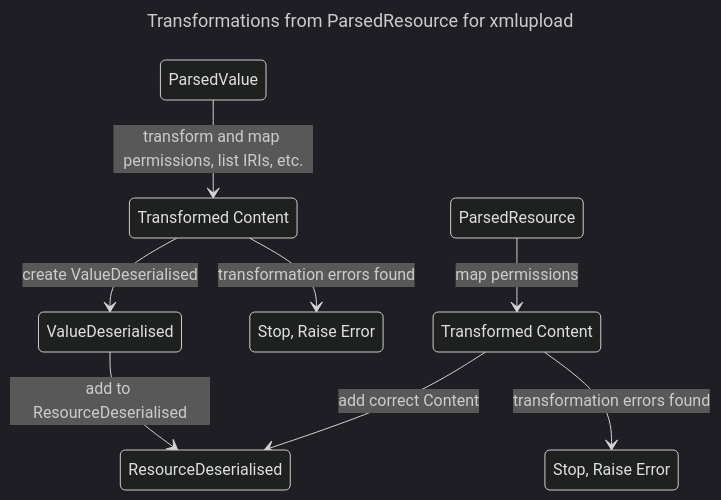
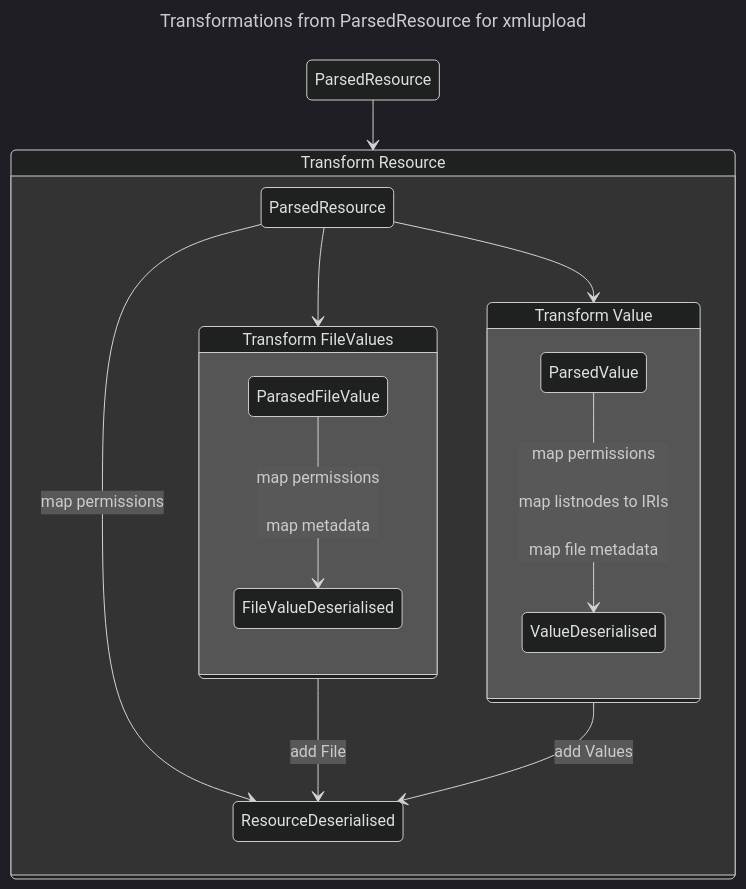
Before and after one commit to dasch-swiss/dsp-tools: the second of 2 diagrams in docs/developers/architecture.md, drawn with Mermaid (dark theme).

````diff
--- a/docs/developers/architecture.md
+++ b/docs/developers/architecture.md
@@ -45,21 +41,30 @@
 ```mermaid
 ---
 title: Transformations from ParsedResource for xmlupload
 ---
 stateDiagram-v2
-    state "ParsedValue" as valp
-    state "Transformed Content" as transformcontval
-    state "ValueDeserialised" as valdes
-    state "Stop, Raise Error" as raiseerrval
-    state "ParsedResource" as resp
-    state "Transformed Content" as transformcontres
-    state "Stop, Raise Error" as raiseerrres
-    state "ResourceDeserialised" as resdes
-    valp-->transformcontval: transform and map permissions, list IRIs, etc.
-    resp-->transformcontres: map permissions
-    transformcontres-->raiseerrres: transformation errors found
-    transformcontval-->raiseerrval: transformation errors found
-    transformcontval-->valdes: create ValueDeserialised
-    valdes-->resdes: add to ResourceDeserialised
-    transformcontres-->resdes: add correct Content
+
+state "ParsedResource" as start
+state "Transform Resource" as transformationres
+state "Transform Value" as transfomrationval
+state "Transform FileValues" as transformfile
+state "ParsedValue" as parsedval
+state "ParsedResource" as parsedres
+state "ValueDeserialised" as valdes
+
+start-->transformationres
+
+state transformationres {
+    parsedres-->transformfile
+    parsedres-->transfomrationval
+    state transfomrationval {
+        parsedval-->valdes: map permissions</br></br>map listnodes to IRIs</br></br>map file metadata
+    }
+    state transformfile {
+        ParasedFileValue-->FileValueDeserialised: map permissions</br></br>map metadata
+    }
+    transformfile-->ResourceDeserialised: add File
+    transfomrationval-->ResourceDeserialised: add Values
+    parsedres-->ResourceDeserialised: map permissions
+}
 ```
````
